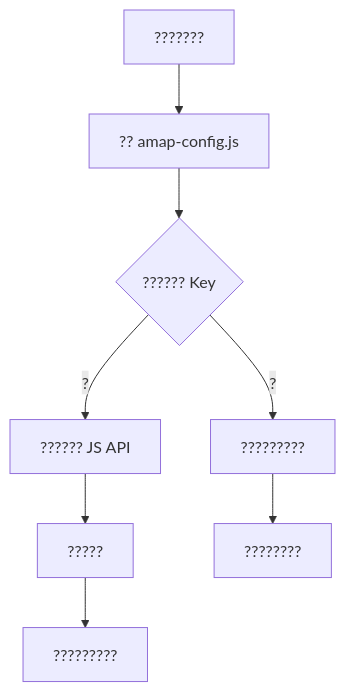
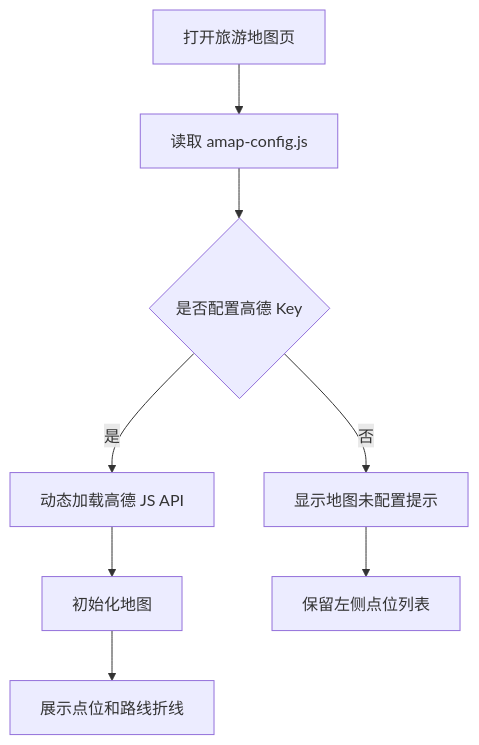
One commit to sixeat/tourism-system changed the diagram in docs/高德地图接入说明.md. Above: the diagram before and after it, drawn with Mermaid. The commit also changed other lines of this file and 2 other files, not shown here.

````diff
--- a/docs/高德地图接入说明.md
+++ b/docs/高德地图接入说明.md
@@ -41,10 +41,10 @@
 ```mermaid
 flowchart TD
-    A[???????] --> B[?? amap-config.js]
-    B --> C{?????? Key}
-    C -- ? --> D[?????? JS API]
-    D --> E[?????]
-    E --> F[?????????]
-    C -- ? --> G[?????????]
-    G --> H[????????]
+    A[打开旅游地图页] --> B[读取 amap-config.js]
+    B --> C{是否配置高德 Key}
+    C -- 是 --> D[动态加载高德 JS API]
+    D --> E[初始化地图]
+    E --> F[展示点位和路线折线]
+    C -- 否 --> G[显示地图未配置提示]
+    G --> H[保留左侧点位列表]
 ```
````
